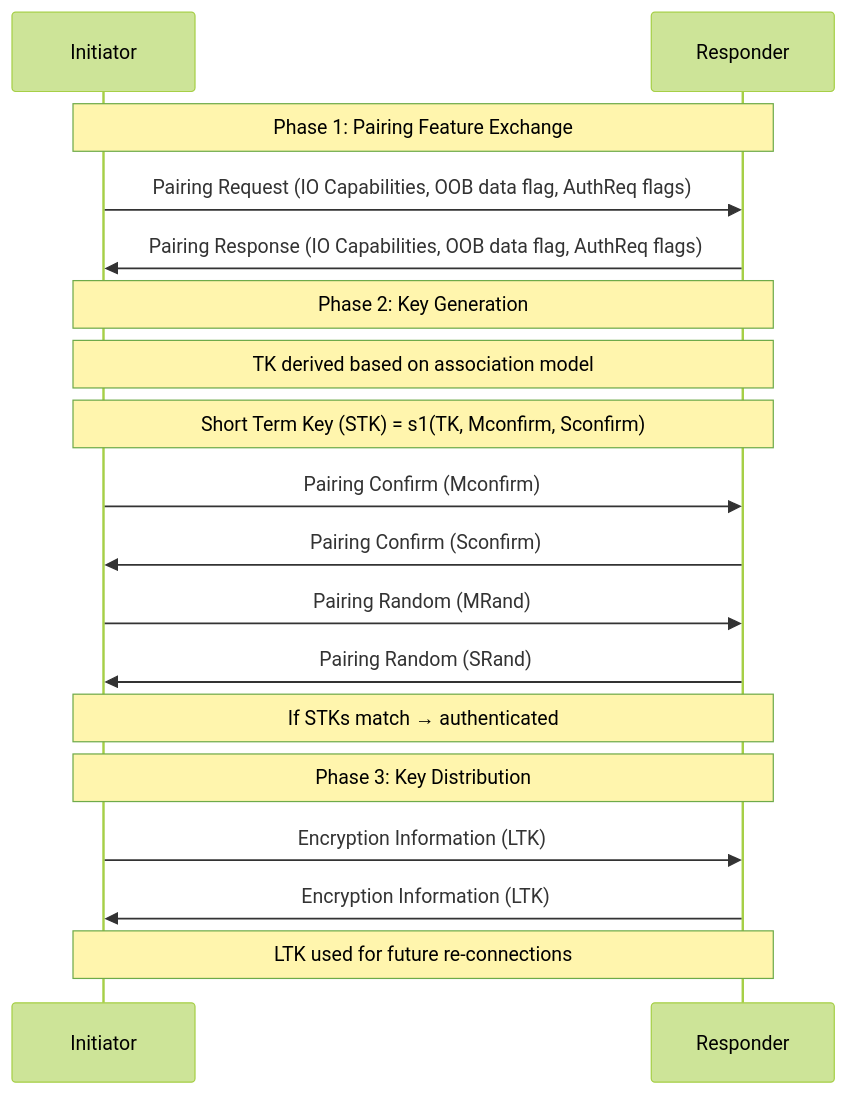
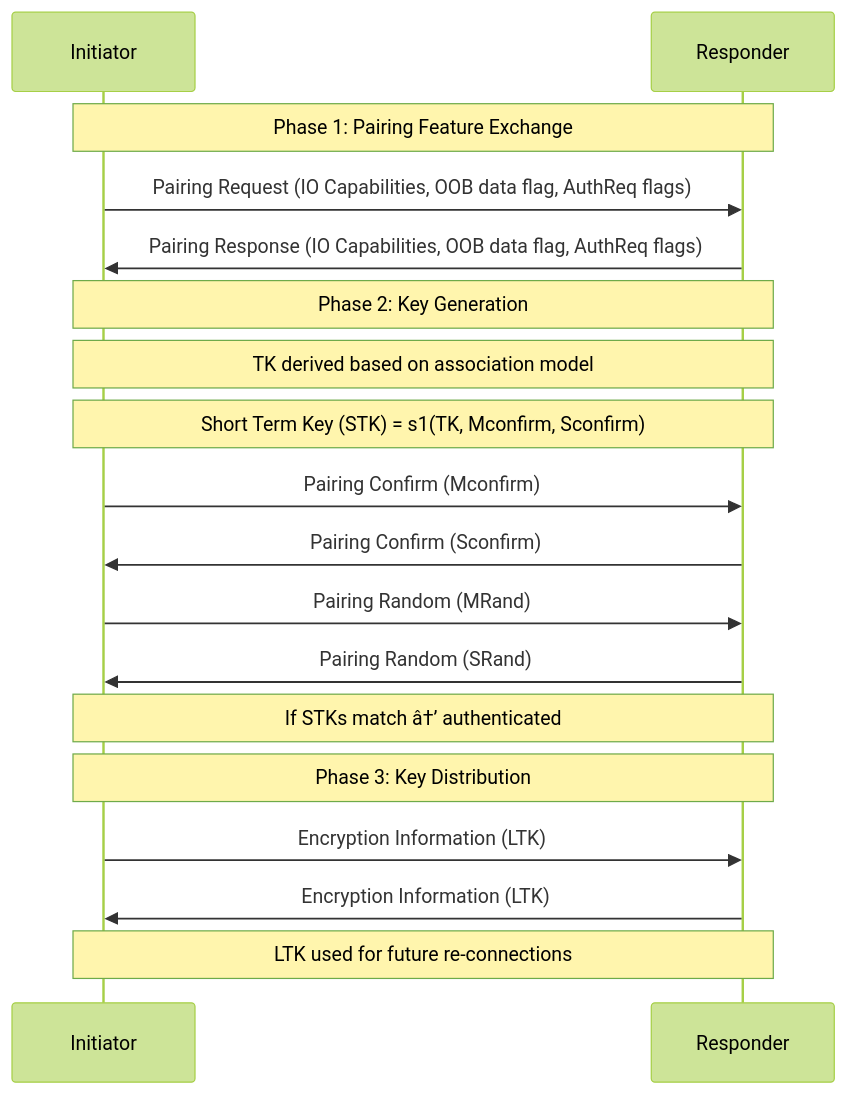
The third of 7 diagrams in docs/courses/cyber-security/14-wireless-iot-embedded.md (Raushan666java/ai-engineering-journey), drawn with Mermaid (forest theme) before and after one commit. The commit also changed other lines of this file and 735 other files, not shown here.

````diff
--- a/docs/courses/cyber-security/14-wireless-iot-embedded.md
+++ b/docs/courses/cyber-security/14-wireless-iot-embedded.md
@@ -272,20 +272,20 @@
 ```mermaid
 sequenceDiagram
     participant I as Initiator
     participant R as Responder
     Note over I,R: Phase 1: Pairing Feature Exchange
     I->>R: Pairing Request (IO Capabilities, OOB data flag, AuthReq flags)
     R->>I: Pairing Response (IO Capabilities, OOB data flag, AuthReq flags)
     Note over I,R: Phase 2: Key Generation
     Note over I,R: TK derived based on association model
     Note over I,R: Short Term Key (STK) = s1(TK, Mconfirm, Sconfirm)
     I->>R: Pairing Confirm (Mconfirm)
     R->>I: Pairing Confirm (Sconfirm)
     I->>R: Pairing Random (MRand)
     R->>I: Pairing Random (SRand)
-    Note over I,R: If STKs match → authenticated
+    Note over I,R: If STKs match â†’ authenticated
     Note over I,R: Phase 3: Key Distribution
     I->>R: Encryption Information (LTK)
     R->>I: Encryption Information (LTK)
     Note over I,R: LTK used for future re-connections
 ```
````
